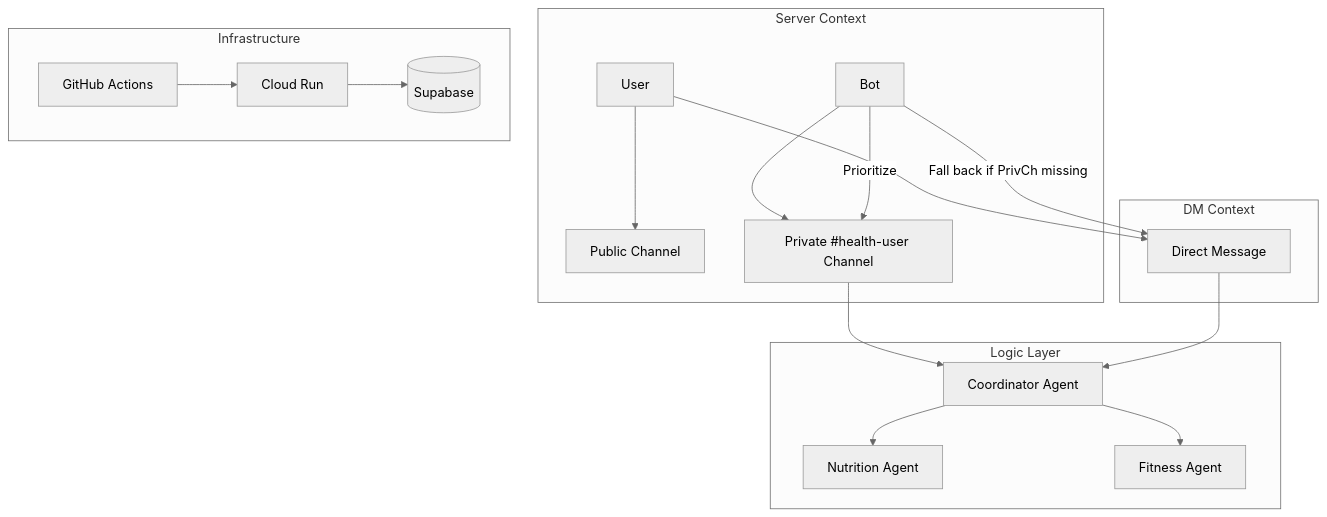
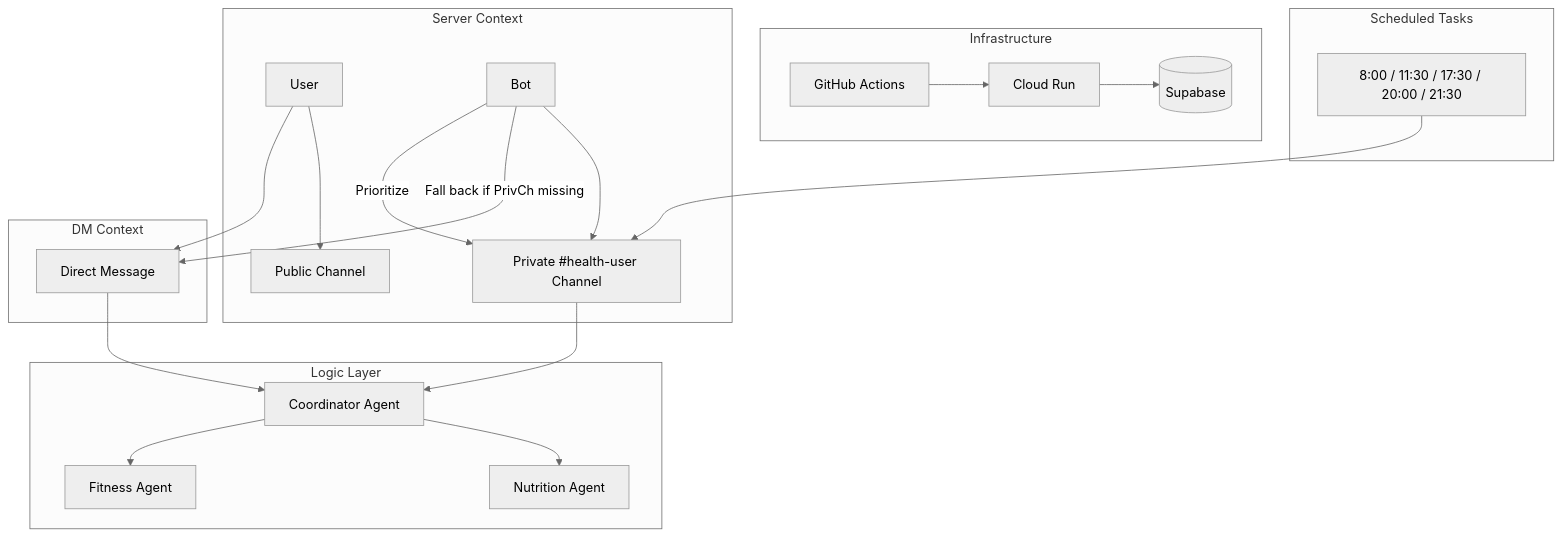
One commit to kevinhust/AIG200Capstone changed the second of 2 diagrams in docs/management/milestones/milestone4/milestone 4 report.md. Above: the diagram before and after it, drawn with Mermaid (neutral theme). The commit also changed other lines of this file and 1 other file, not shown here.

````diff
--- a/docs/management/milestones/milestone4/milestone 4 report.md
+++ b/docs/management/milestones/milestone4/milestone 4 report.md
@@ -102,25 +127,30 @@
 ```mermaid
 graph TD
     subgraph "Server Context"
         User --> ServerCh[Public Channel]
         Bot --> PrivCh[Private #health-user Channel]
     end
 
     subgraph "DM Context"
         User --> DM[Direct Message]
     end
 
     subgraph "Logic Layer"
         PrivCh & DM --> Coordinator[Coordinator Agent]
         Coordinator --> Nutrition[Nutrition Agent]
         Coordinator --> Fitness[Fitness Agent]
     end
 
     subgraph "Infrastructure"
         GHA[GitHub Actions] --> CloudRun[Cloud Run]
         CloudRun --> DB[(Supabase)]
     end
 
+    subgraph "Scheduled Tasks"
+        Scheduler[8:00 / 11:30 / 17:30 / 20:00 / 21:30]
+        Scheduler --> PrivCh
+    end
+
     Bot --> |Fall back if PrivCh missing| DM
     Bot --> |Prioritize| PrivCh
 ```
````
